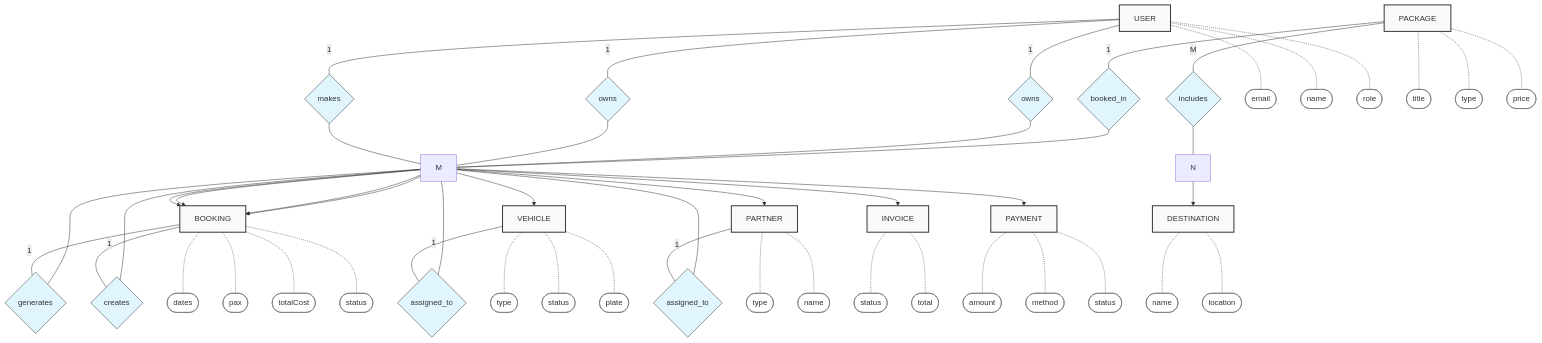
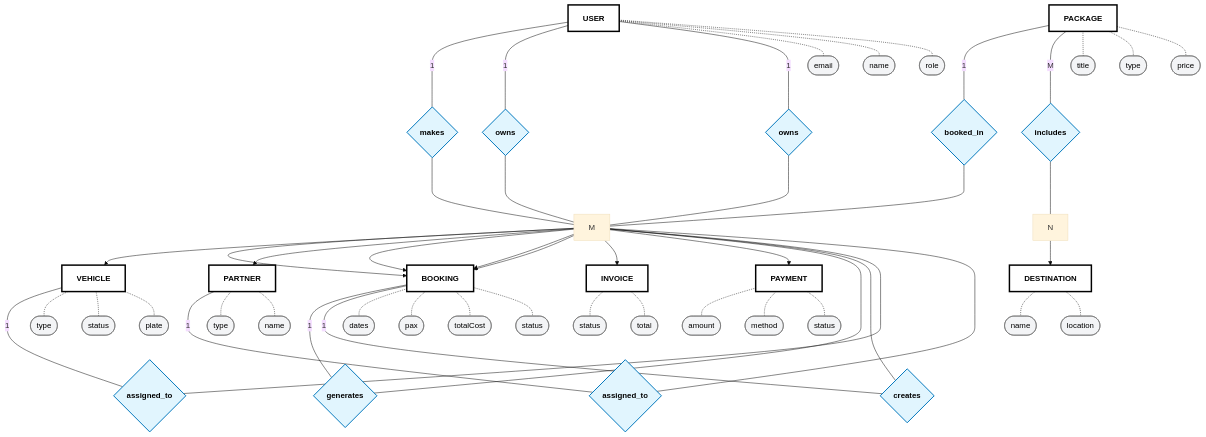
Before and after one commit to sahansbandara/ITP-Project-Tourism-WEB: the third of 5 diagrams in README.md, drawn with Mermaid.

Commit message:
docs: adjust ER diagram spacing, vertical orientation, and font contrasts

````diff
--- a/README.md
+++ b/README.md
@@ -186,5 +186,6 @@
 ```mermaid
-flowchart TD
+%%{init: {'theme': 'base', 'themeVariables': { 'fontSize': '16px', 'fontFamily': 'sans-serif'}}}%%
+flowchart TB
     %% Entities
     U[USER]
     B[BOOKING]
@@ -207,32 +208,32 @@
     R_BOOKED_IN{booked_in}
 
     %% Connections - Entity to Relationship
-    U -- 1 --- R_MAKES
-    R_MAKES --- M --> B
+    U -- 1 ---- R_MAKES
+    R_MAKES ---- M --> B
 
-    U -- 1 --- R_OWNS_V
-    R_OWNS_V --- M --> V
+    U -- 1 ---- R_OWNS_V
+    R_OWNS_V ---- M --> V
 
-    U -- 1 --- R_OWNS_P
-    R_OWNS_P --- M --> P
+    U -- 1 ---- R_OWNS_P
+    R_OWNS_P ---- M --> P
 
-    PKG -- 1 --- R_BOOKED_IN
-    R_BOOKED_IN --- M --> B
+    PKG -- 1 ---- R_BOOKED_IN
+    R_BOOKED_IN ---- M --> B
 
-    PKG -- M --- R_INCLUDES
-    R_INCLUDES --- N --> DEST
+    PKG -- M ---- R_INCLUDES
+    R_INCLUDES ---- N --> DEST
 
-    V -- 1 --- R_ASSIGNED_V
-    R_ASSIGNED_V --- M --> B
+    V -- 1 ---- R_ASSIGNED_V
+    R_ASSIGNED_V ---- M --> B
 
-    P -- 1 --- R_ASSIGNED_P
-    R_ASSIGNED_P --- M --> B
+    P -- 1 ---- R_ASSIGNED_P
+    R_ASSIGNED_P ---- M --> B
 
-    B -- 1 --- R_HAS_I
-    R_HAS_I --- M --> INV
+    B -- 1 ---- R_HAS_I
+    R_HAS_I ---- M --> INV
 
-    B -- 1 --- R_HAS_P
-    R_HAS_P --- M --> PAY
+    B -- 1 ---- R_HAS_P
+    R_HAS_P ---- M --> PAY
 
     %% Attributes (Ovals)
     U_email([email])
@@ -287,9 +288,9 @@
     DEST -.- DEST_name
     DEST -.- DEST_loc
 
-    classDef entity fill:#f9f9f9,stroke:#333,stroke-width:2px;
-    classDef relationship fill:#e1f5fe,stroke:#333,stroke-width:1px;
-    classDef attribute fill:#fff,stroke:#666,stroke-width:1px;
+    classDef entity fill:#ffffff,stroke:#000000,stroke-width:3px,color:#000000,font-weight:bold;
+    classDef relationship fill:#e1f5fe,stroke:#0277bd,stroke-width:2px,color:#000000,font-weight:bold;
+    classDef attribute fill:#f3f4f6,stroke:#666666,stroke-width:1px,color:#000000;
 
     class U,B,PKG,DEST,V,P,INV,PAY entity;
     class R_MAKES,R_OWNS_V,R_OWNS_P,R_INCLUDES,R_ASSIGNED_V,R_ASSIGNED_P,R_HAS_P,R_HAS_I,R_BOOKED_IN relationship;
````
